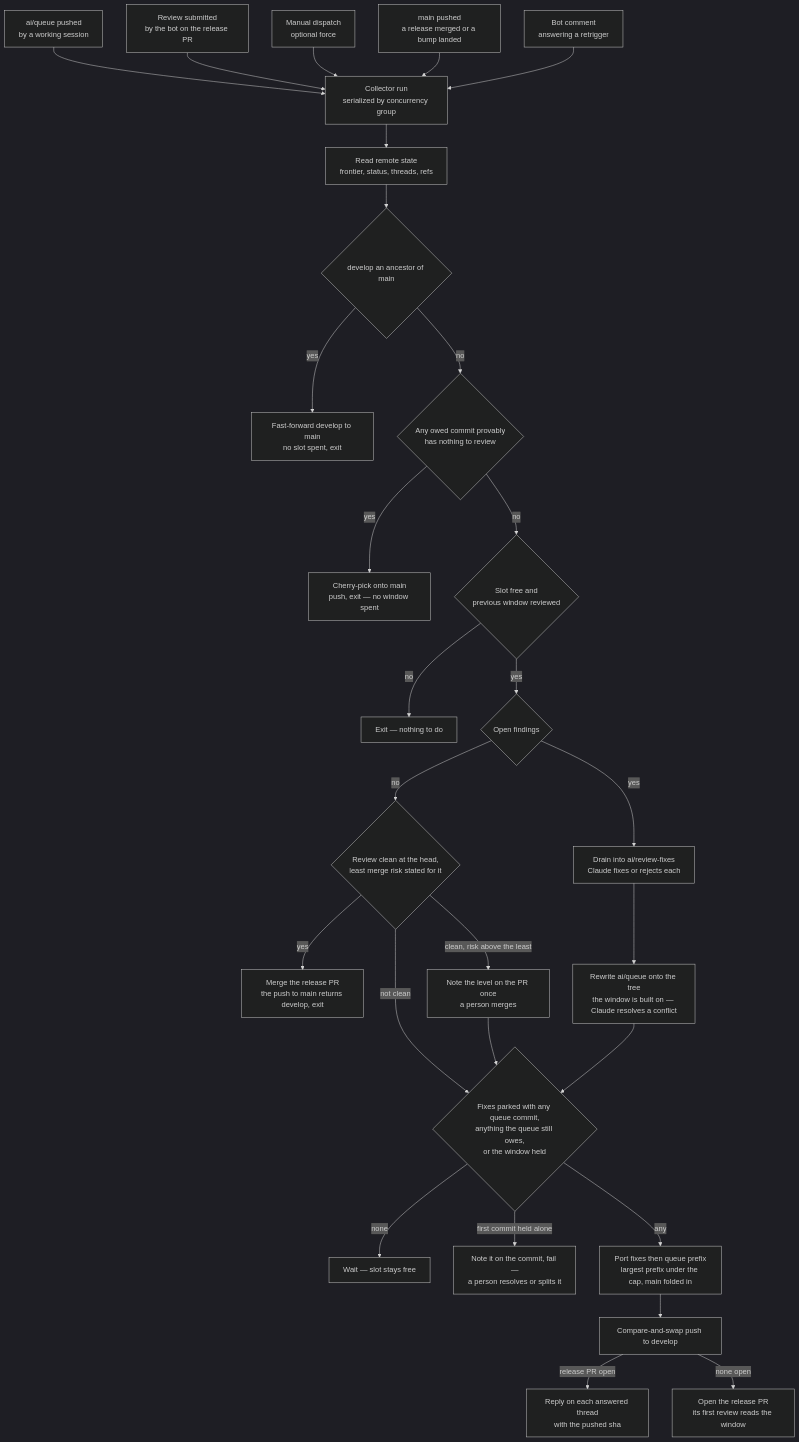
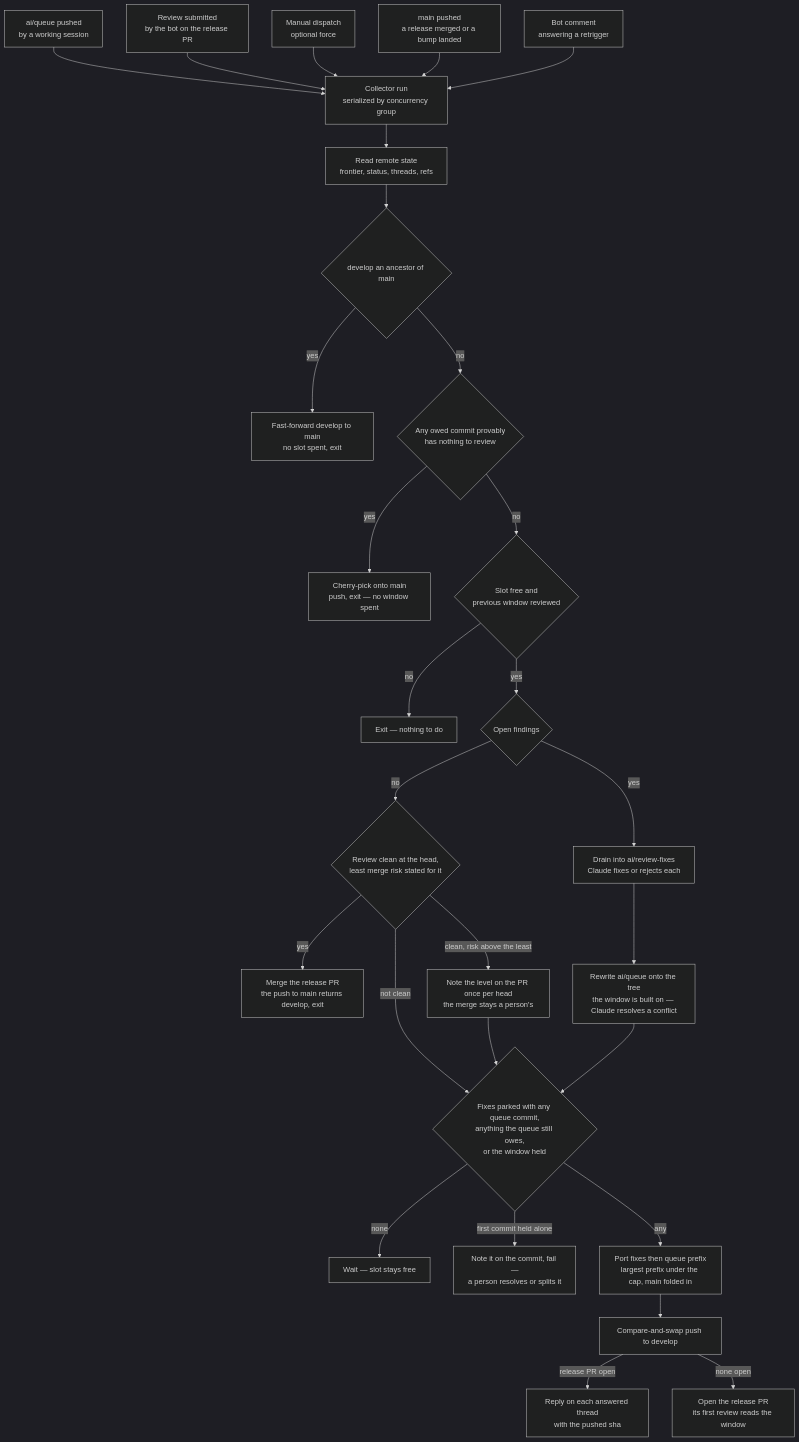
One commit to Esposter/Esposter changed the diagram in apps/web/content/docs/infra/review-collector/index.md. Above: the diagram before and after it, drawn with Mermaid (dark theme).

Commit message:
docs(review-collector): the risk note is posted once per head, not once a person merges
The flowchart node read "Note the level on the PR once / a person merges", which
scans as the notice following the merge. `postRiskNotice` runs inside the cycle,
keyed by a marker carrying the head sha, and the cycle ports on afterwards — the
prose two paragraphs above already says "once per head", so the node now says the
same and names the merge as the part that stays a person's.

Answers: 4027129328

````diff
--- a/apps/web/content/docs/infra/review-collector/index.md
+++ b/apps/web/content/docs/infra/review-collector/index.md
@@ -26,29 +26,29 @@
 ```mermaid
 flowchart TD
   A[ai/queue pushed<br/>by a working session] --> C
   F[Review submitted<br/>by the bot on the release PR] --> C
   D[Manual dispatch<br/>optional force] --> C
   MN[main pushed<br/>a release merged or a bump landed] --> C
   CM[Bot comment<br/>answering a retrigger] --> C
   C[Collector run<br/>serialized by concurrency group] --> R[Read remote state<br/>frontier, status, threads, refs]
   R --> RS{develop an ancestor of main}
   RS -->|yes| FF[Fast-forward develop to main<br/>no slot spent, exit]
   RS -->|no| E{Any owed commit provably<br/>has nothing to review}
   E -->|yes| EX[Cherry-pick onto main<br/>push, exit — no window spent]
   E -->|no| G{Slot free and<br/>previous window reviewed}
   G -->|no| X[Exit — nothing to do]
   G -->|yes| O{Open findings}
   O -->|yes| DR[Drain into ai/review-fixes<br/>Claude fixes or rejects each]
   O -->|no| CL{Review clean at the head,<br/>least merge risk stated for it}
   CL -->|yes| MG[Merge the release PR<br/>the push to main returns develop, exit]
   CL -->|not clean| P
-  CL -->|clean, risk above the least| RN[Note the level on the PR once<br/>a person merges] --> P
+  CL -->|clean, risk above the least| RN[Note the level on the PR once per head<br/>the merge stays a person's] --> P
   DR --> SY[Rewrite ai/queue onto the tree<br/>the window is built on — Claude resolves a conflict]
   SY --> P{Fixes parked with any queue commit,<br/>anything the queue still owes,<br/>or the window held}
   P -->|none| PK[Wait — slot stays free]
   P -->|first commit held alone| FL[Note it on the commit, fail —<br/>a person resolves or splits it]
   P -->|any| W[Port fixes then queue prefix<br/>largest prefix under the cap, main folded in]
   W --> PU[Compare-and-swap push to develop]
   PU -->|release PR open| RP[Reply on each answered thread<br/>with the pushed sha]
   PU -->|none open| OP[Open the release PR<br/>its first review reads the window]
 ```
````
